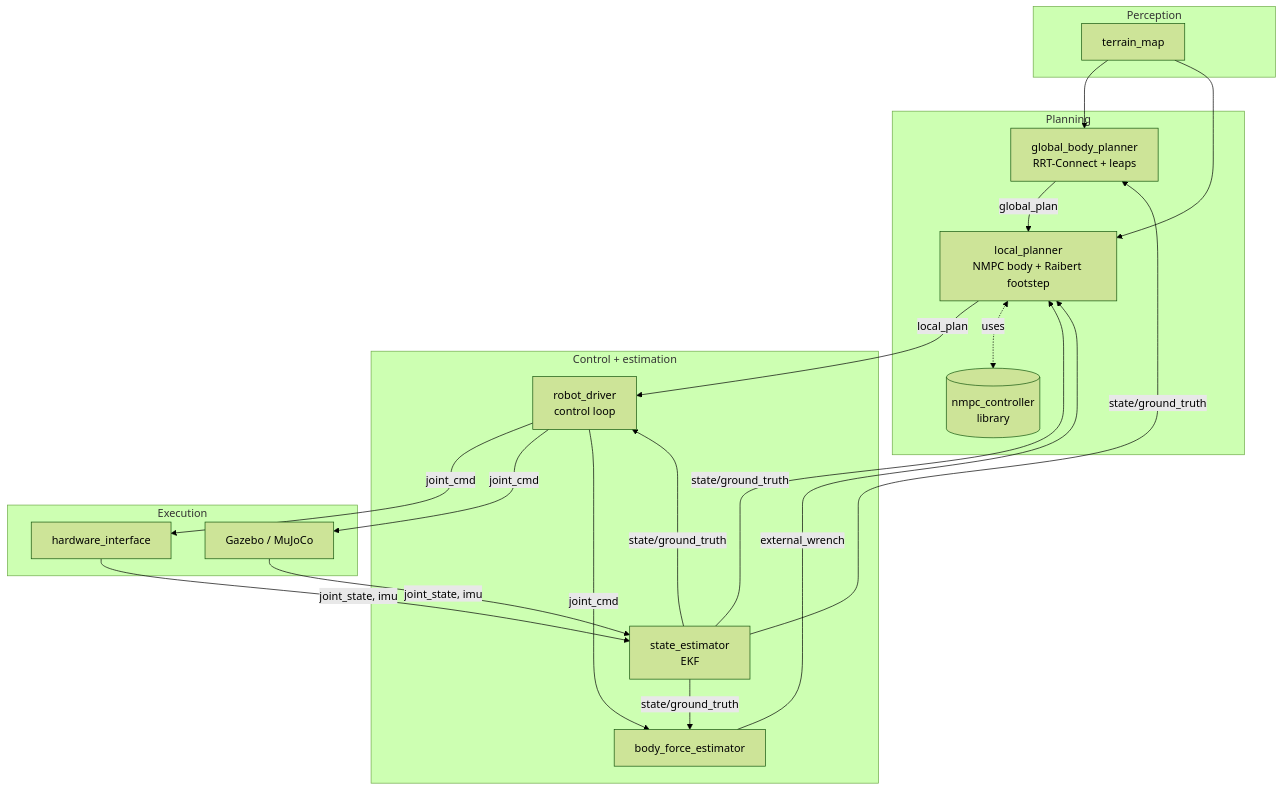
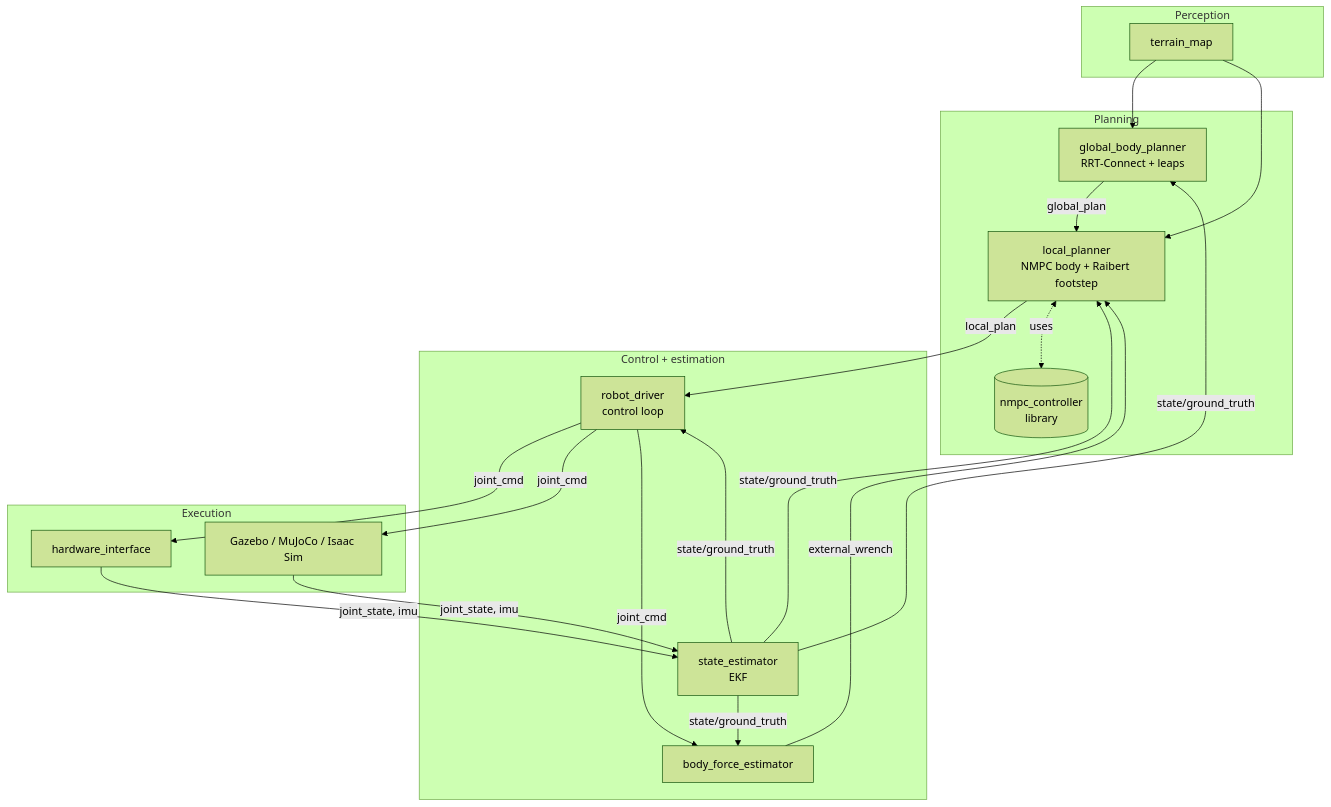
One commit to robomechanics/quad-sdk changed the diagram in docs/architecture/overview.md. Above: the diagram before and after it, drawn with Mermaid (forest theme). The commit also changed other lines of this file and 18 other files, not shown here.

````diff
--- a/docs/architecture/overview.md
+++ b/docs/architecture/overview.md
@@ -16,39 +16,39 @@
 ```mermaid
 flowchart TB
   subgraph PERCEPTION[Perception]
     TM[terrain_map]
   end
 
   subgraph PLAN[Planning]
     GP[global_body_planner<br/>RRT-Connect + leaps]
     LP[local_planner<br/>NMPC body + Raibert footstep]
     NMPC[(nmpc_controller<br/>library)]
   end
 
   subgraph CONTROL[Control + estimation]
     RD[robot_driver<br/>control loop]
     EKF[state_estimator<br/>EKF]
     BFE[body_force_estimator]
   end
 
   subgraph EXEC[Execution]
     HW[hardware_interface]
-    SIM[Gazebo / MuJoCo]
+    SIM[Gazebo / MuJoCo / Isaac Sim]
   end
 
   TM --> GP
   TM --> LP
   GP -- global_plan --> LP
   LP -- local_plan --> RD
   LP <-.uses.-> NMPC
   RD -- joint_cmd --> HW
   RD -- joint_cmd --> SIM
   HW -- joint_state, imu --> EKF
   SIM -- joint_state, imu --> EKF
   EKF -- state/ground_truth --> LP
   EKF -- state/ground_truth --> GP
   EKF -- state/ground_truth --> RD
   EKF -- state/ground_truth --> BFE
   RD -- joint_cmd --> BFE
   BFE -- external_wrench --> LP
 ```
````
